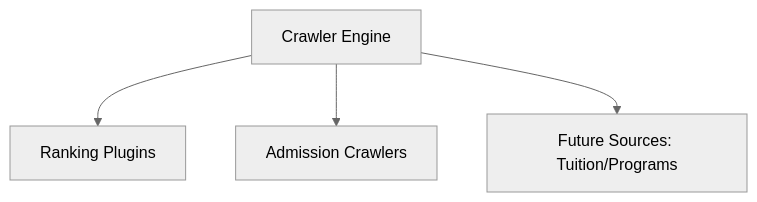
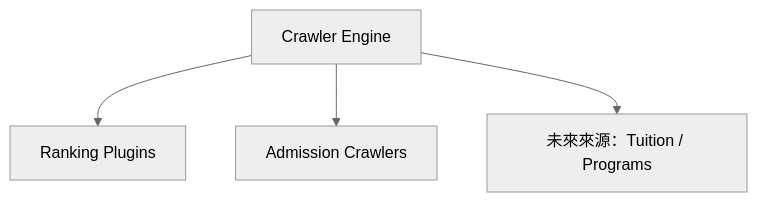
The third of 4 diagrams in MASTER_PROJECT_PLAN.md (heinricitorgau/CrawlerNest), drawn with Mermaid (neutral theme) before and after one commit. The commit also changed other lines of this file, not shown here.

````diff
--- a/MASTER_PROJECT_PLAN.md
+++ b/MASTER_PROJECT_PLAN.md
@@ -446,7 +296,7 @@
 ```mermaid
 graph TD
     ENGINE[Crawler Engine]
     ENGINE --> RANK[Ranking Plugins]
     ENGINE --> ADM[Admission Crawlers]
-    ENGINE --> FUT[Future Sources: Tuition/Programs]
+    ENGINE --> FUT[未來來源：Tuition / Programs]
 ```
````
